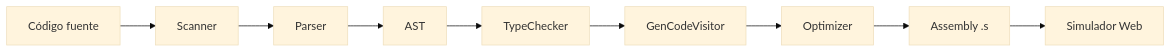
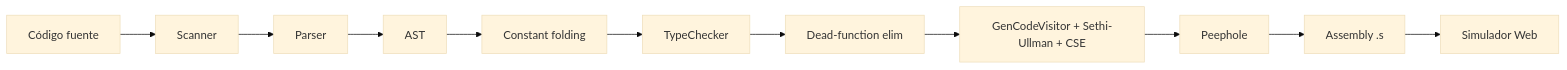
Before and after one commit to FMPE/ProyectoCompi2026-1: the diagram in docs/ARQUITECTURA.md, drawn with Mermaid (base theme). The commit also changed other lines of this file and 88 other files, not shown here.

````diff
--- a/docs/ARQUITECTURA.md
+++ b/docs/ARQUITECTURA.md
@@ -5,11 +5,13 @@
 ```mermaid
 flowchart LR
     A[Código fuente] --> B[Scanner]
     B --> C[Parser]
     C --> D[AST]
-    D --> E[TypeChecker]
-    E --> F[GenCodeVisitor]
-    F --> G[Optimizer]
+    D --> CF[Constant folding]
+    CF --> E[TypeChecker]
+    E --> DFE[Dead-function elim]
+    DFE --> F[GenCodeVisitor + Sethi-Ullman + CSE]
+    F --> G[Peephole]
     G --> H[Assembly .s]
     H --> I[Simulador Web]
 ```
````
